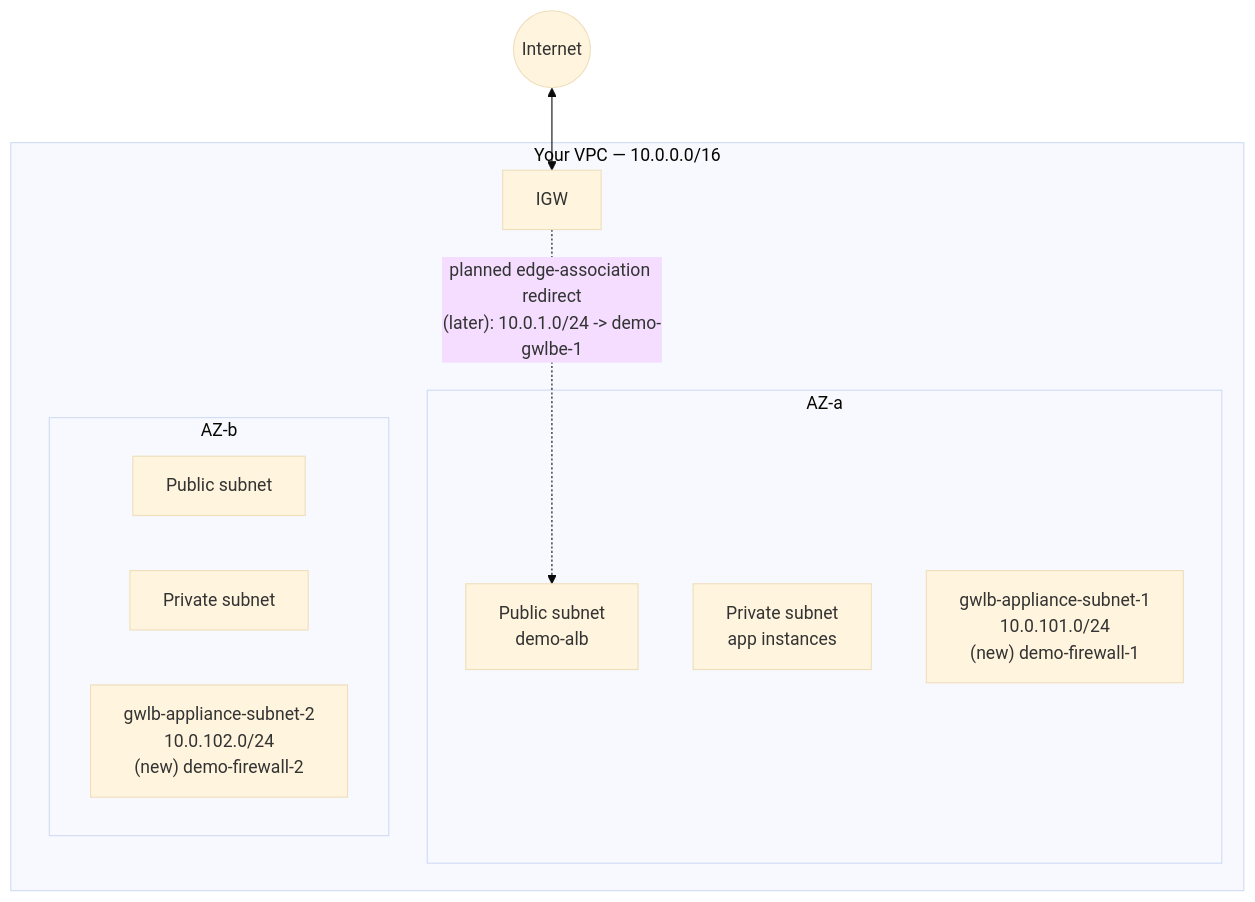
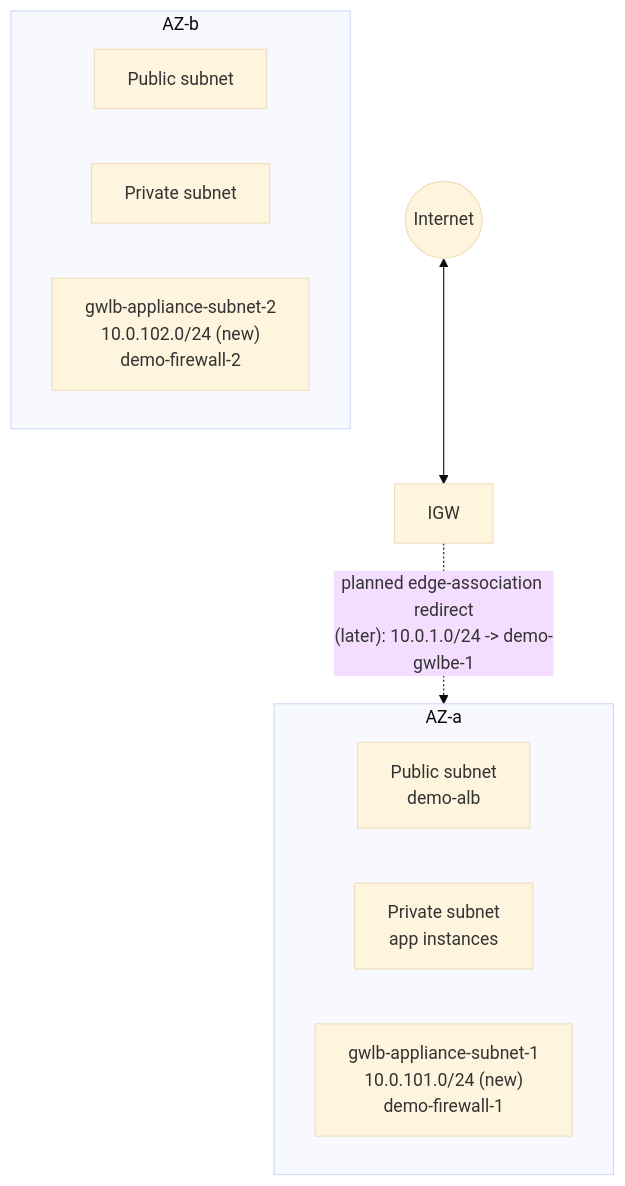
Before and after one commit to msdeepak052/AWS_Imp_Concepts: the diagram in EC2/LoadBalancer/14-VPC-Ingress-Routing-for-GWLB-HandsOn.md, drawn with Mermaid (base theme). The commit also changed 11 other files, not shown here.

Commit message:
Mermaid Diagram fixed

````diff
--- a/EC2/LoadBalancer/14-VPC-Ingress-Routing-for-GWLB-HandsOn.md
+++ b/EC2/LoadBalancer/14-VPC-Ingress-Routing-for-GWLB-HandsOn.md
@@ -83,20 +83,18 @@
 ```mermaid
 flowchart TD
     INTERNET(("Internet")) <--> IGW["IGW"]
 
-    subgraph VPC["Your VPC — 10.0.0.0/16"]
-        subgraph AZ_A["AZ-a"]
-            PUB1["Public subnet<br/>demo-alb"]
-            PRIV1["Private subnet<br/>app instances"]
-            GWLB1["gwlb-appliance-subnet-1<br/>10.0.101.0/24<br/>(new) demo-firewall-1"]
-        end
+    subgraph AZ_A["AZ-a"]
+        PUB1["Public subnet<br/>demo-alb"]
+        PRIV1["Private subnet<br/>app instances"]
+        GWLB1["gwlb-appliance-subnet-1<br/>10.0.101.0/24 (new)<br/>demo-firewall-1"]
+    end
 
-        subgraph AZ_B["AZ-b"]
-            PUB2["Public subnet"]
-            PRIV2["Private subnet"]
-            GWLB2["gwlb-appliance-subnet-2<br/>10.0.102.0/24<br/>(new) demo-firewall-2"]
-        end
+    subgraph AZ_B["AZ-b"]
+        PUB2["Public subnet"]
+        PRIV2["Private subnet"]
+        GWLB2["gwlb-appliance-subnet-2<br/>10.0.102.0/24 (new)<br/>demo-firewall-2"]
+    end
 
-        IGW -.->|"planned edge-association redirect<br/>(later): 10.0.1.0/24 -> demo-gwlbe-1"| PUB1
-    end
+    IGW -.->|"planned edge-association redirect<br/>(later): 10.0.1.0/24 -> demo-gwlbe-1"| AZ_A
 ```
````
